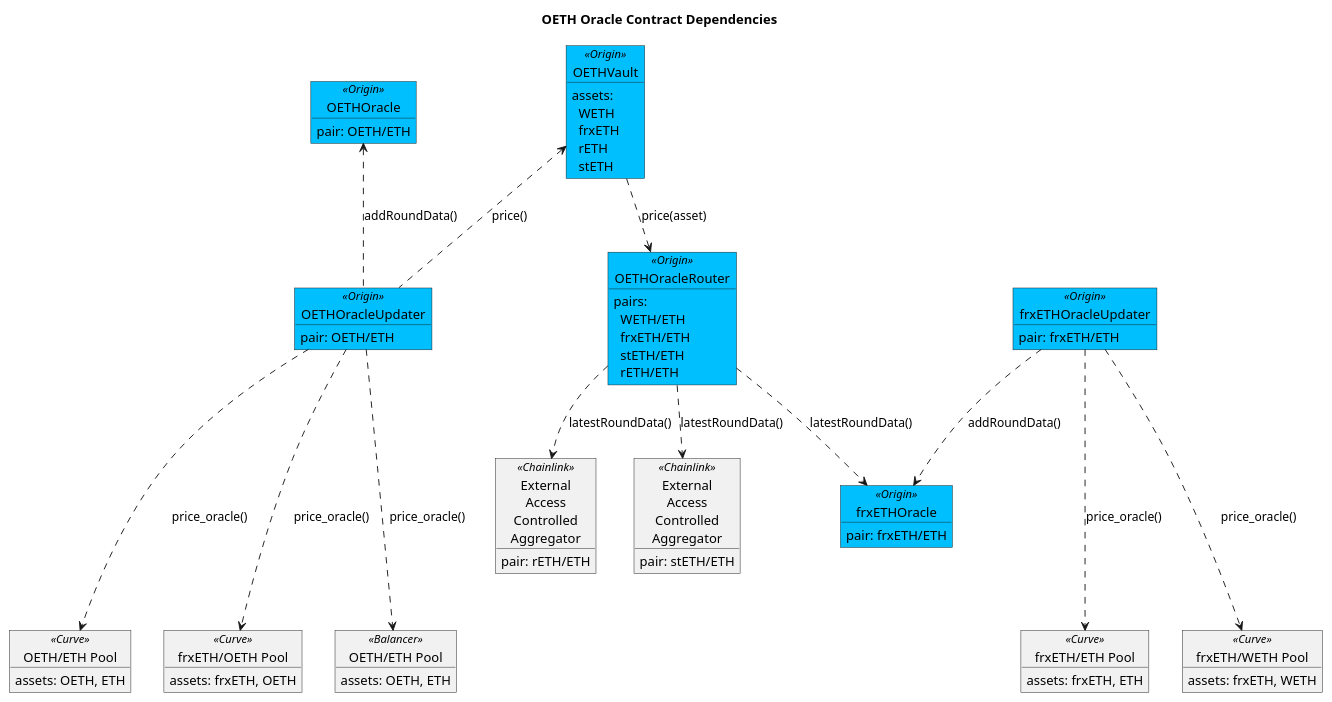
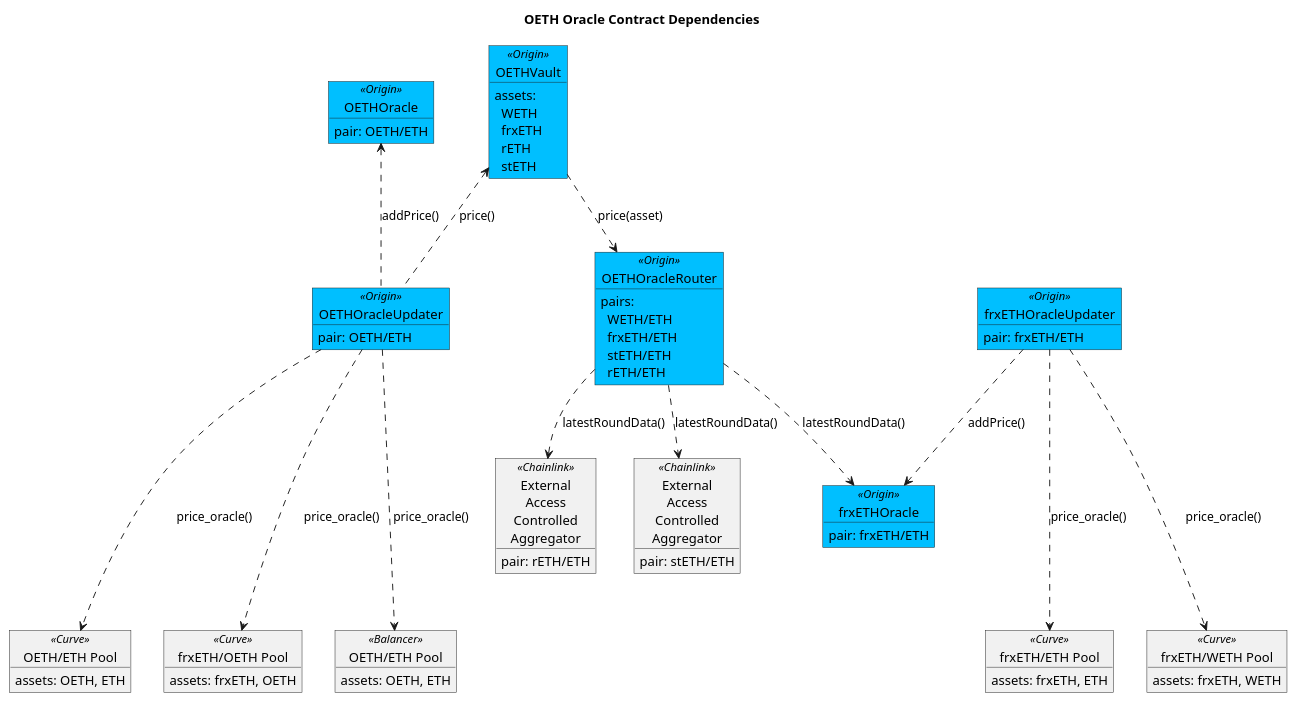
Before and after one commit to OriginProtocol/origin-dollar: the diagram in contracts/docs/plantuml/oethOracles.puml, drawn with PlantUML. The commit also changed 10 other files, not shown here.

```diff
--- a/contracts/docs/plantuml/oethOracles.puml
+++ b/contracts/docs/plantuml/oethOracles.puml
@@ -1,116 +1,116 @@
 @startuml
 
 skinparam tabSize 2
 
 title "OETH Oracle Contract Dependencies"
 
 object "OETHVault" as vault <<Origin>> #DeepSkyBlue {
 assets:
     \tWETH
     \tfrxETH
     \trETH
     \tstETH
 }
 
 object "OETHOracleRouter" as router <<Origin>> #DeepSkyBlue {
 pairs:
     \tWETH/ETH
     \tfrxETH/ETH
     \tstETH/ETH
     \trETH/ETH
 }
 
 object "OETHOracleUpdater" as oou <<Origin>> #DeepSkyBlue {
 pair: OETH/ETH
 }
 
 object "frxETHOracleUpdater" as fou <<Origin>> #DeepSkyBlue {
 pair: frxETH/ETH
 }
 
 object "OETHOracle" as oetho <<Origin>> #DeepSkyBlue {
 pair: OETH/ETH
 }
 
 object "frxETHOracle" as frxo <<Origin>> #DeepSkyBlue {
 pair: frxETH/ETH
 }
 
 object "External\nAccess\nControlled\nAggregator" as clrETH <<Chainlink>> {
 pair: rETH/ETH
 }
 
 object "External\nAccess\nControlled\nAggregator" as clstETH <<Chainlink>> {
 pair: stETH/ETH
 }
 
 object "OETH/ETH Pool" as coep <<Curve>> {
 assets: OETH, ETH
 }
 
 object "frxETH/OETH Pool" as cfop <<Curve>> {
 assets: frxETH, OETH
 }
 
 object "frxETH/ETH Pool" as cfep <<Curve>> {
 assets: frxETH, ETH
 }
 
 object "frxETH/WETH Pool" as cfwp <<Curve>> {
 assets: frxETH, WETH
 }
 
 object "OETH/ETH Pool" as boep <<Balancer>> {
 assets: OETH, ETH
 }
 
 
 vault ..> router : price(asset)
 router ..> clrETH : latestRoundData()
 router ..> clstETH : latestRoundData()
 
 vault <.. oou : price()
-oetho <.. oou  : addRoundData()
+oetho <.. oou  : addPrice()
 oou ...> coep : price_oracle()
 oou ...> cfop : price_oracle()
 oou ...> boep : price_oracle()
 
 router ..> frxo  : latestRoundData()
-fou ..> frxo : addRoundData()
+fou ..> frxo : addPrice()
 fou ...> cfep : price_oracle()
 fou ...> cfwp : price_oracle()
 
 
 ' object "FrxEthFraxOracle" as fo <<Frax>> {
 ' pair: frxETH/ETH
 ' }
 
 ' object "FrxEthEthDualOracle" as fdo <<Frax>> {
 ' pair: frxETH/ETH
 ' }
 
 
 ' object "External\nAccess\nControlled\nAggregator" as cleth <<Chainlink>> {
 ' pair: ETH/USD
 ' }
 
 ' object "External\nAccess\nControlled\nAggregator" as clfrax <<Chainlink>> {
 ' pair: FRAX/USD
 ' }
 
 ' object "StaticOracle" as uso <<Uniswap>> {
 ' }
 
 ' object "frxETH/FRAX Pool" as up <<Uniswap>> {
 '     assets: frxETH, FRAX
 ' }
 
 ' router ..> fo : latestRoundData()
 ' fdo .> fo : addRoundData()
 ' fdo ....> cfep : price_oracle()
 ' fdo ....> uso : quoteSpecificPoolsWithTimePeriod()
 ' uso .> up : observe()
 ' fdo ..> cleth : latestRoundData()
 ' fdo ..> clfrax : latestRoundData()
 
 @enduml
```
